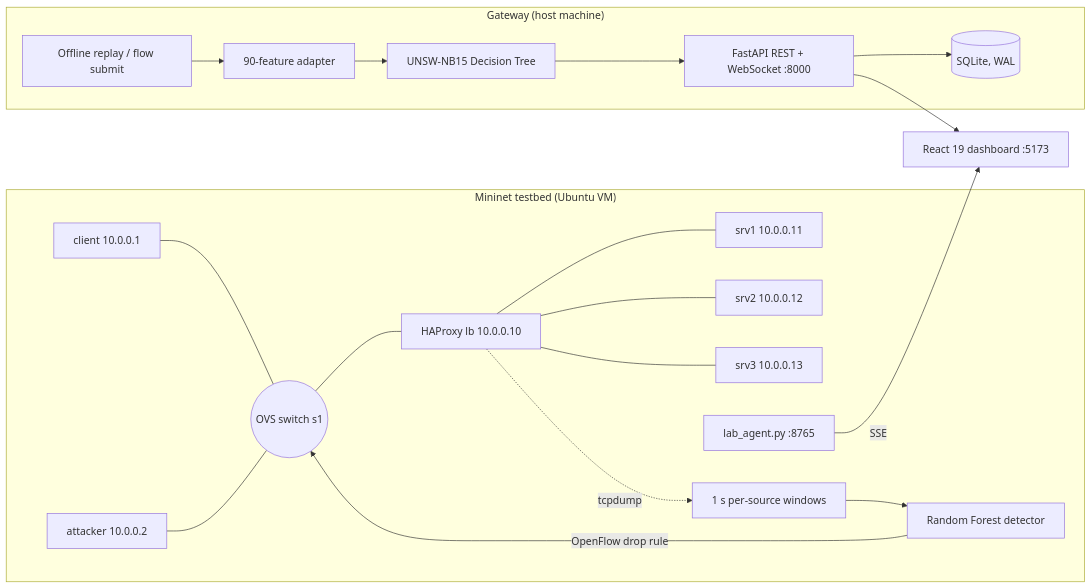
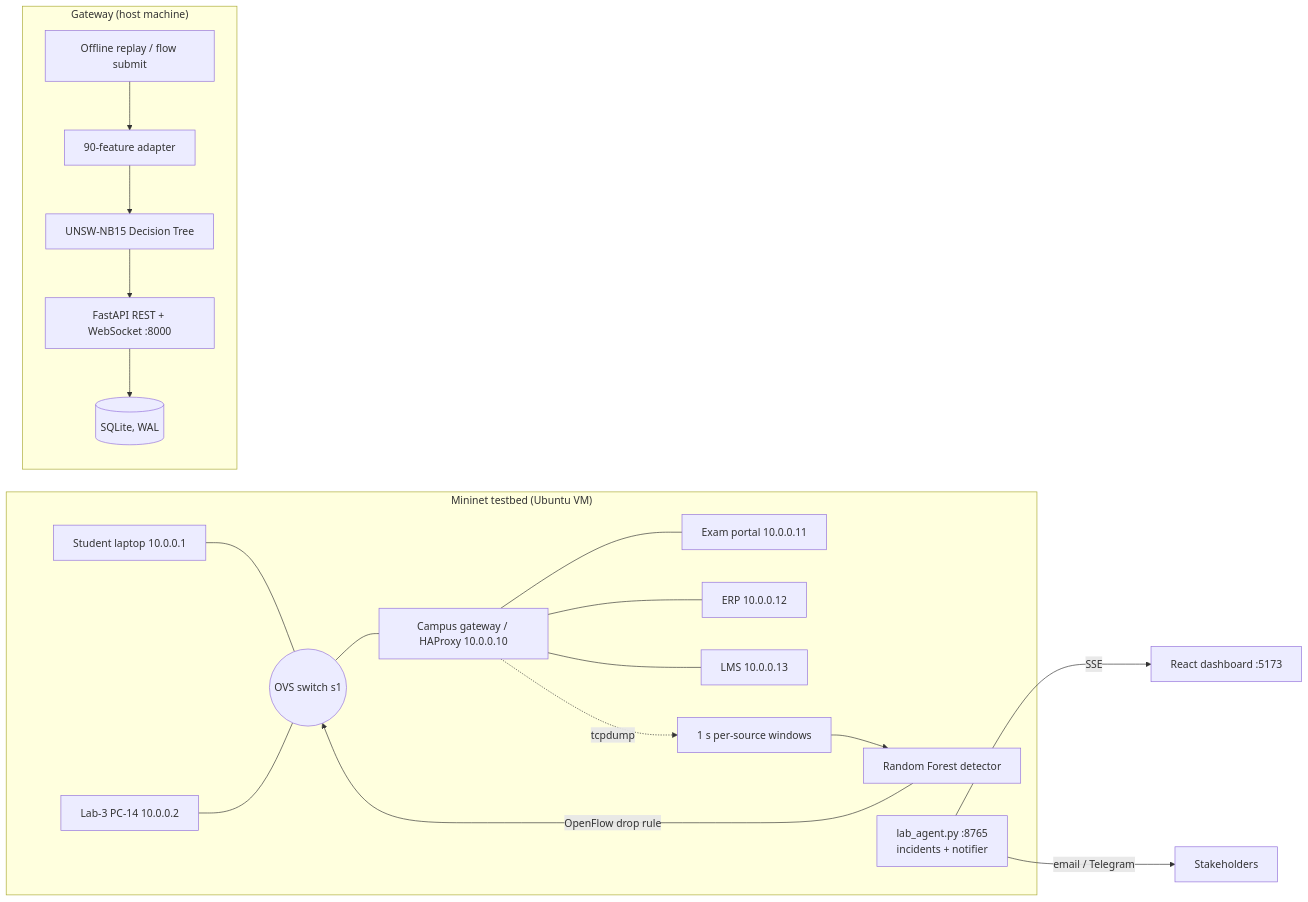
Before and after one commit to aviraj05/FlowGuard: the diagram in README.md, drawn with Mermaid. The commit also changed other lines of this file and 31 other files, not shown here.

````diff
--- a/README.md
+++ b/README.md
@@ -28,25 +59,24 @@
 ```mermaid
 flowchart LR
     subgraph VM["Mininet testbed (Ubuntu VM)"]
-        C[client 10.0.0.1] --- S1((OVS switch s1))
-        A[attacker 10.0.0.2] --- S1
-        S1 --- LB[HAProxy lb 10.0.0.10]
-        LB --- B1[srv1 10.0.0.11]
-        LB --- B2[srv2 10.0.0.12]
-        LB --- B3[srv3 10.0.0.13]
+        C[Student laptop 10.0.0.1] --- S1((OVS switch s1))
+        A[Lab-3 PC-14 10.0.0.2] --- S1
+        S1 --- LB[Campus gateway / HAProxy 10.0.0.10]
+        LB --- B1[Exam portal 10.0.0.11]
+        LB --- B2[ERP 10.0.0.12]
+        LB --- B3[LMS 10.0.0.13]
         LB -. tcpdump .-> FX[1 s per-source windows]
         FX --> DET[Random Forest detector]
         DET -- OpenFlow drop rule --> S1
-        AG[lab_agent.py :8765]
+        AG[lab_agent.py :8765<br/>incidents + notifier]
     end
+    AG -- SSE --> UI[React dashboard :5173]
+    AG -- email / Telegram --> P[Stakeholders]
 
     subgraph GW["Gateway (host machine)"]
         RP[Offline replay / flow submit] --> FA[90-feature adapter]
         FA --> DT[UNSW-NB15 Decision Tree]
         DT --> API[FastAPI REST + WebSocket :8000]
         API --> DB[(SQLite, WAL)]
     end
-
-    API --> UI[React 19 dashboard :5173]
-    AG -- SSE --> UI
 ```
````
